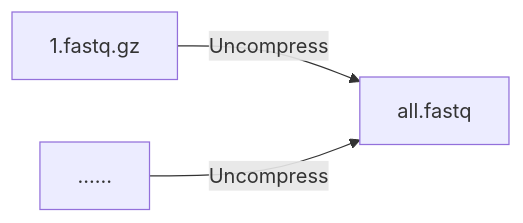
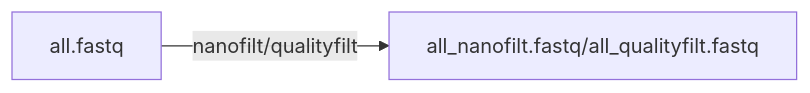
One commit to Raingel/dumbnano changed the second of 2 diagrams in README.md. Above: the diagram before and after it, drawn with Mermaid.

````diff
--- a/README.md
+++ b/README.md
@@ -51,5 +51,4 @@
 ```mermaid
 flowchart LR
-    1.fastq.gz-->|Uncompress| all.fastq
-    ...... -->|Uncompress| all.fastq
+    all.fastq-->|nanofilt/qualityfilt| all_nanofilt.fastq/all_qualityfilt.fastq
 ```
````
